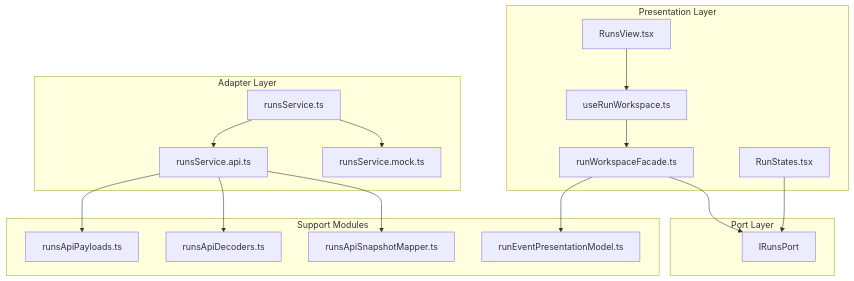
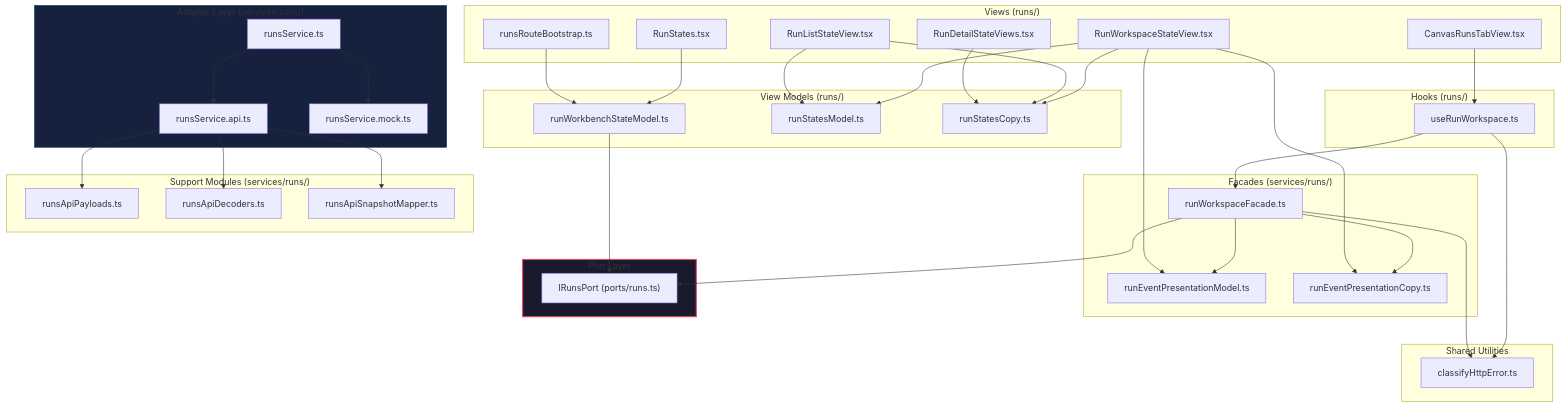
One commit to dunay2/dvt changed the second of 2 diagrams in docs/architecture/components/web/runs/component-runs.md. Above: the diagram before and after it, drawn with Mermaid. The commit also changed other lines of this file and 25 other files, not shown here.

````diff
--- a/docs/architecture/components/web/runs/component-runs.md
+++ b/docs/architecture/components/web/runs/component-runs.md
@@ -121,37 +168,73 @@
 ```mermaid
 flowchart TB
-  subgraph Presentation["Presentation Layer"]
-    View["RunsView.tsx"]
+  subgraph Views["Views (runs/)"]
+    CanvasTab["CanvasRunsTabView.tsx"]
+    ListView["RunListStateView.tsx"]
+    DetailViews["RunDetailStateViews.tsx"]
+    WorkspaceView["RunWorkspaceStateView.tsx"]
+    RunStates["RunStates.tsx"]
+    RouteBootstrap["runsRouteBootstrap.ts"]
+  end
+
+  subgraph Models["View Models (runs/)"]
+    WorkbenchState["runWorkbenchStateModel.ts"]
+    StatesModel["runStatesModel.ts"]
+    StatesCopy["runStatesCopy.ts"]
+  end
+
+  subgraph Hooks["Hooks (runs/)"]
     Hook["useRunWorkspace.ts"]
+  end
+
+  subgraph Facades["Facades (services/runs/)"]
     Facade["runWorkspaceFacade.ts"]
-    RunStates["RunStates.tsx"]
+    EventsModel["runEventPresentationModel.ts"]
+    EventsCopy["runEventPresentationCopy.ts"]
+  end
+
+  subgraph Shared["Shared Utilities"]
+    ClassifyHttp["classifyHttpError.ts"]
   end
 
   subgraph Port["Port Layer"]
-    IRunsPort["IRunsPort"]
+    IRunsPort["IRunsPort (ports/runs.ts)"]
   end
 
-  subgraph Adapters["Adapter Layer"]
+  subgraph Adapters["Adapter Layer (services/runs/)"]
     Factory["runsService.ts"]
     API["runsService.api.ts"]
     Mock["runsService.mock.ts"]
   end
 
-  subgraph Support["Support Modules"]
+  subgraph Support["Support Modules (services/runs/)"]
     Payloads["runsApiPayloads.ts"]
     Decoders["runsApiDecoders.ts"]
     Mapper["runsApiSnapshotMapper.ts"]
-    Events["runEventPresentationModel.ts"]
   end
 
-  View --> Hook
+  CanvasTab --> Hook
   Hook --> Facade
+  Hook ---> ClassifyHttp
   Facade --> IRunsPort
-  RunStates --> IRunsPort
+  Facade --> EventsModel
+  Facade --> EventsCopy
+  Facade ---> ClassifyHttp
+  WorkspaceView --> EventsModel
+  WorkspaceView --> EventsCopy
+  WorkspaceView --> StatesModel
+  WorkspaceView --> StatesCopy
+  ListView --> StatesModel
+  ListView --> StatesCopy
+  DetailViews --> StatesCopy
+  RunStates --> WorkbenchState
+  RouteBootstrap --> WorkbenchState
+  WorkbenchState --> IRunsPort
   Factory --> API
   Factory --> Mock
   API --> Payloads
   API --> Decoders
   API --> Mapper
-  Facade --> Events
+
+  style Port fill:#1a1a2e,stroke:#e94560,stroke-width:2px
+  style Adapters fill:#16213e,stroke:#0f3460,stroke-width:1px
 ```
````
